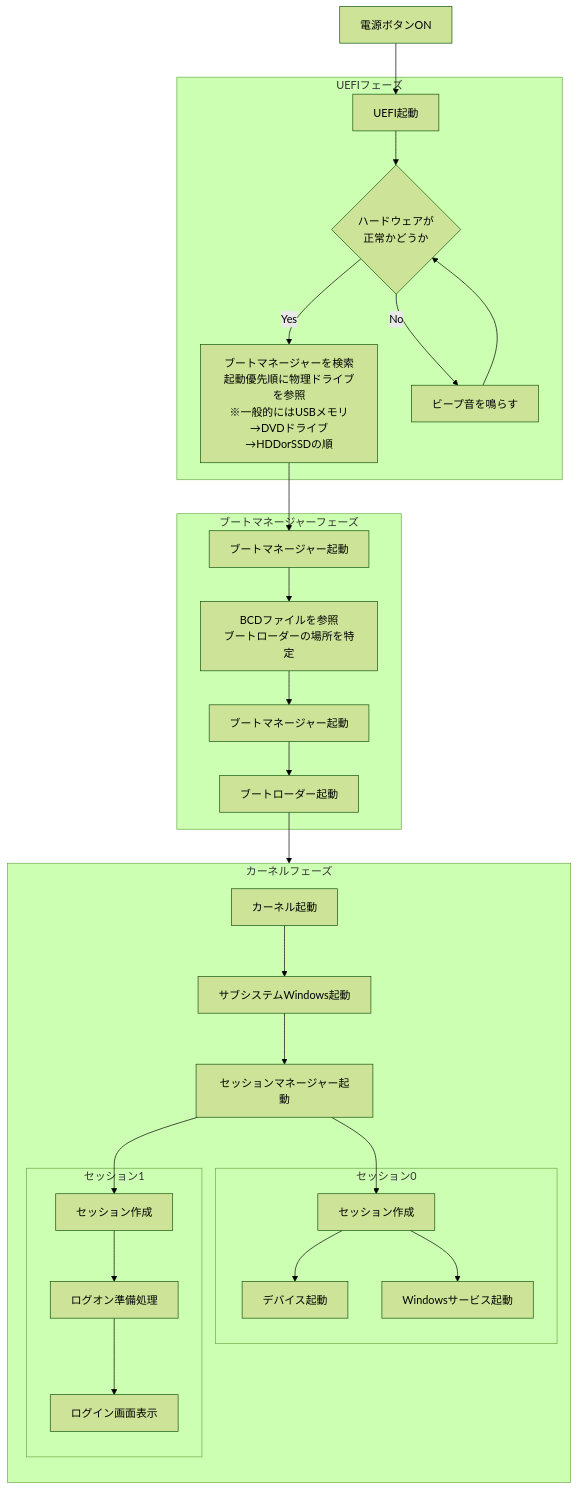
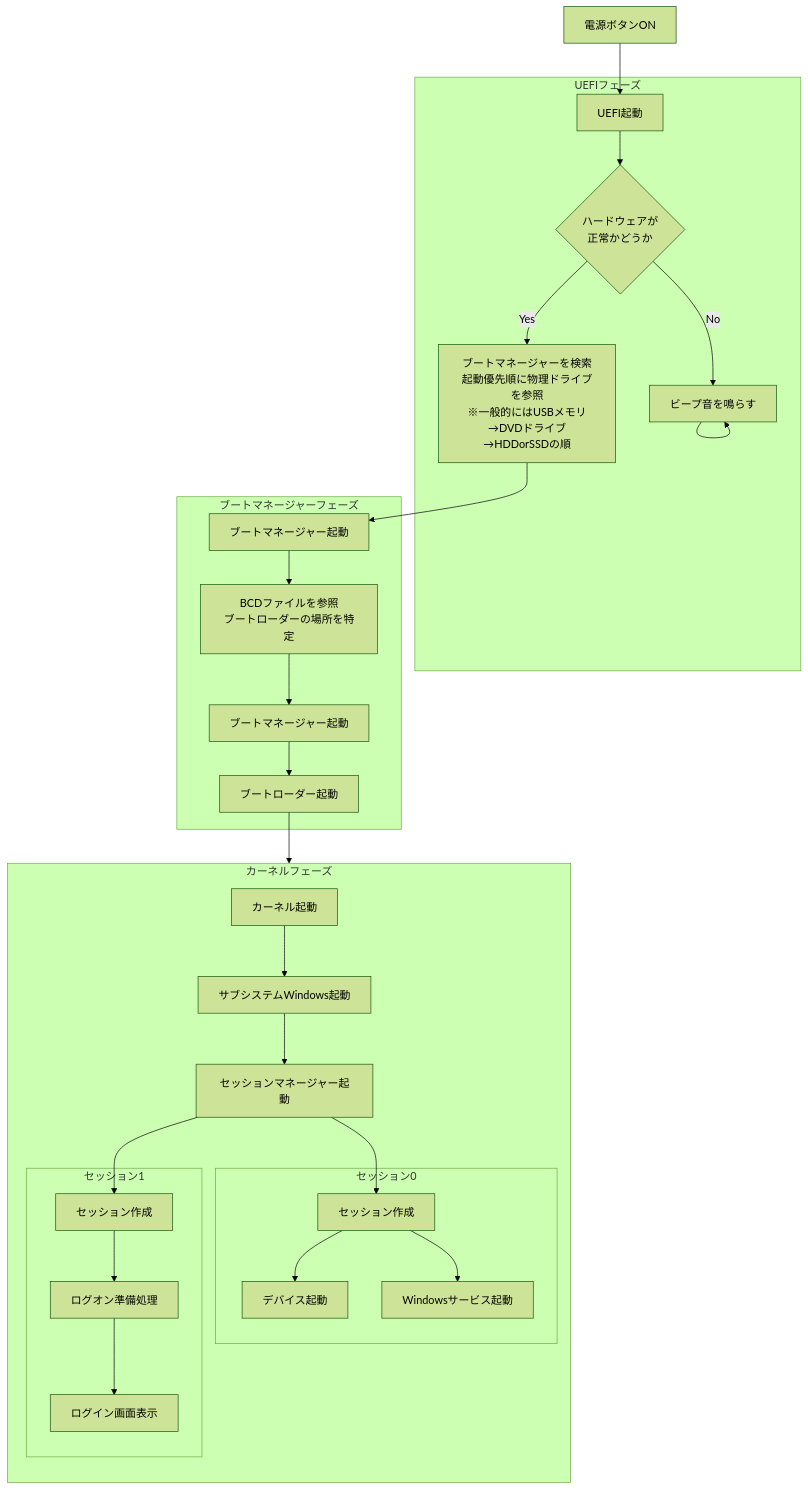
Before and after one commit to kaotue3340/memo: the diagram in doc/computer.md, drawn with Mermaid (forest theme).

````diff
--- a/doc/computer.md
+++ b/doc/computer.md
@@ -1,37 +1,37 @@
 ```mermaid
 flowchart TD
   A1["電源ボタンON"]-->B1
 　subgraph UEFIフェーズ
   B1["UEFI起動"]-->
   B2{"ハードウェアが\n正常かどうか"} -->|Yes| C1[OK]
-  B2 -->|No| E[ビープ音を鳴らす] --> B2
+  B2 -->|No| B3[ビープ音を鳴らす] --> B3
   end
   subgraph ブートマネージャーフェーズ
   C1["ブートマネージャーを検索\n起動優先順に物理ドライブを参照\n※一般的にはUSBメモリ→DVDドライブ→HDDorSSDの順"]-->
   C2["ブートマネージャー起動"]-->
   C3["BCDファイルを参照\nブートローダーの場所を特定"]-->C4
   C4["ブートマネージャー起動"]-->D1
   end
   subgraph カーネルフェーズ
   D1["ブートローダー起動"]-->
   D2["カーネル起動"]--> 
   D3["サブシステムWindows起動"]-->
   D4["セッションマネージャー起動"]
   D4-->DD1
   D4-->DD2
     direction TB
     subgraph セッション0
       DD1["セッション作成"]
       DD1-->DD1-1
       DD1-->DD1-2
       DD1-1["デバイス起動"]
       DD1-2["Windowsサービス起動"]
     end
     subgraph セッション1
       DD2["セッション作成"]-->
       DD2-1["ログオン準備処理"]--> 
       DD2-2["ログイン画面表示"]
     end
   end
 
 ```
````
